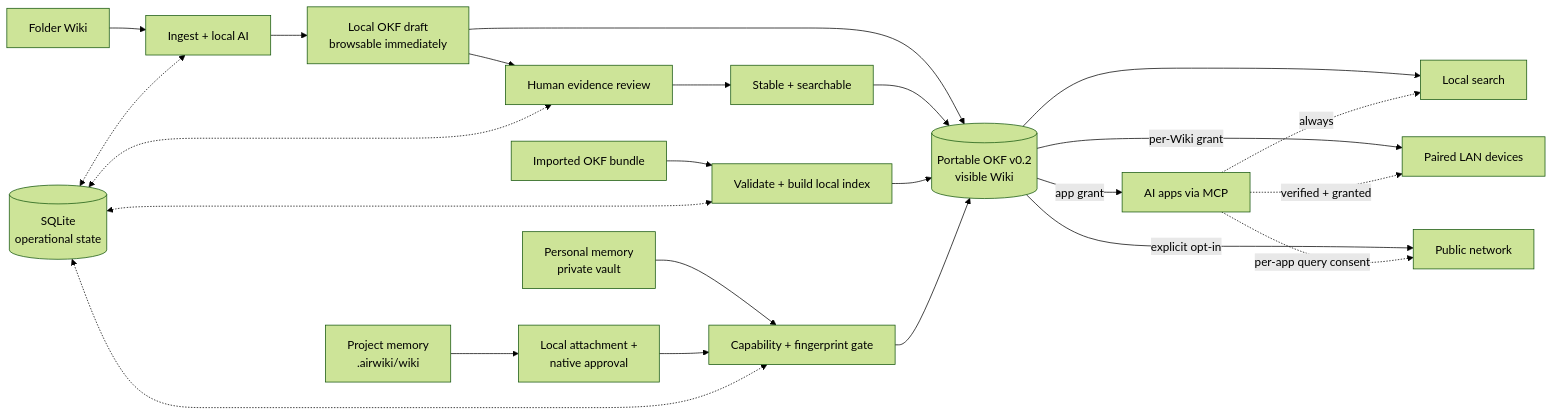
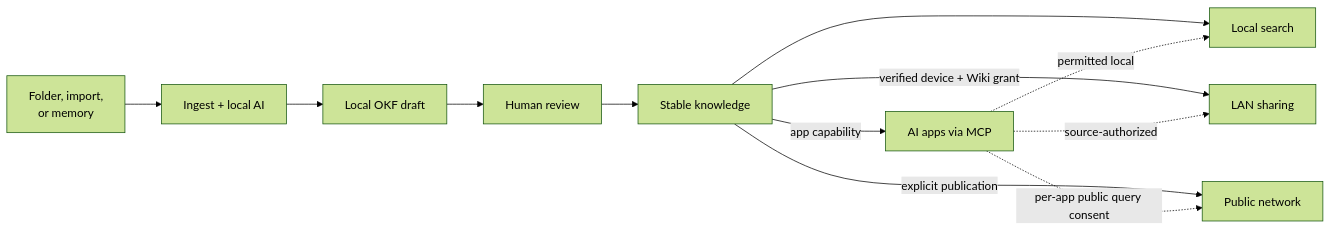
Before and after one commit to airwiki/airwiki: the second of 2 diagrams in README.md, drawn with Mermaid (forest theme). The commit also changed other lines of this file and 7 other files, not shown here.

````diff
--- a/README.md
+++ b/README.md
@@ -238,32 +162,16 @@
 ```mermaid
 flowchart LR
-    folder["Folder Wiki"] --> folder_pipeline["Ingest + local AI"]
-    folder_pipeline --> draft["Local OKF draft<br/>browsable immediately"]
-    draft --> review["Human evidence review"]
-    review --> stable["Stable + searchable"]
-    draft --> bundle[("Portable OKF v0.2<br/>visible Wiki")]
-    stable --> bundle
+    source["Folder, import,<br/>or memory"] --> prepare["Ingest + local AI"]
+    prepare --> draft["Local OKF draft"]
+    draft --> review["Human review"]
+    review --> stable["Stable knowledge"]
 
-    imported["Imported OKF bundle"] --> import_pipeline["Validate + build local index"]
-    import_pipeline --> bundle
+    stable --> local["Local search"]
+    stable -- "verified device + Wiki grant" --> lan["LAN sharing"]
+    stable -- "explicit publication" --> public["Public network"]
+    stable -- "app capability" --> mcp["AI apps via MCP"]
 
-    memory["Personal memory<br/>private vault"] --> capability["Capability + fingerprint gate"]
-    project_memory["Project memory<br/>.airwiki/wiki"] --> attachment["Local attachment +<br/>native approval"]
-    attachment --> capability
-    capability --> bundle
-
-    state[("SQLite<br/>operational state")]
-    state <-.-> folder_pipeline
-    state <-.-> import_pipeline
-    state <-.-> capability
-    state <-.-> review
-
-    bundle --> local["Local search"]
-    bundle -- "per-Wiki grant" --> lan["Paired LAN devices"]
-    bundle -- "explicit opt-in" --> public["Public network"]
-    bundle -- "app grant" --> mcp["AI apps via MCP"]
-
-    mcp -. "always" .-> local
-    mcp -. "verified + granted" .-> lan
-    mcp -. "per-app query consent" .-> public
+    mcp -. "permitted local" .-> local
+    mcp -. "source-authorized" .-> lan
+    mcp -. "per-app public query consent" .-> public
 ```
````
